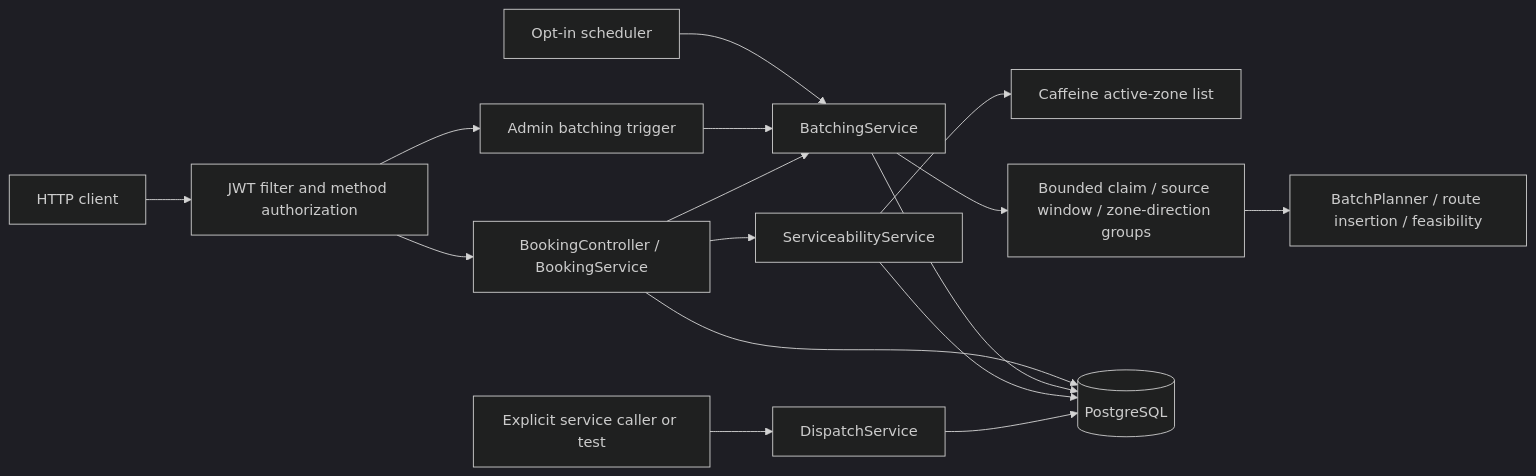
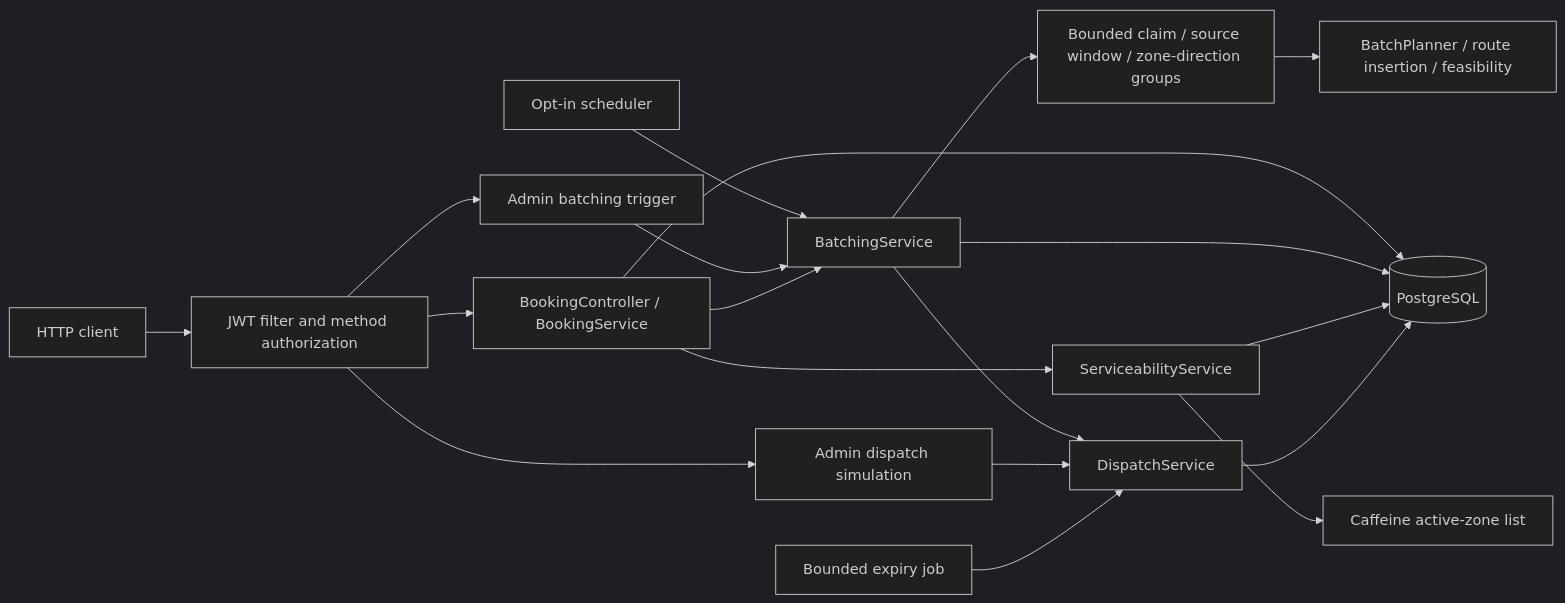
Before and after one commit to aakash-kr-7/sla-aware-ride-batching: the first of 3 diagrams in docs/architecture.md, drawn with Mermaid (dark theme). The commit also changed other lines of this file and 9 other files, not shown here.

````diff
--- a/docs/architecture.md
+++ b/docs/architecture.md
@@ -5,18 +5,21 @@
 ```mermaid
 flowchart LR
     Client[HTTP client] --> Security[JWT filter and method authorization]
     Security --> Booking[BookingController / BookingService]
     Security --> Admin[Admin batching trigger]
     Scheduler[Opt-in scheduler] --> Batch[BatchingService]
     Admin --> Batch
     Booking --> Batch
     Booking --> Zones[ServiceabilityService]
     Zones --> Cache[Caffeine active-zone list]
     Batch --> Groups[Bounded claim / source window / zone-direction groups]
     Groups --> Planner[BatchPlanner / route insertion / feasibility]
     Booking --> DB[(PostgreSQL)]
     Batch --> DB
     Zones --> DB
-    Caller[Explicit service caller or test] --> Dispatch[DispatchService]
+    Batch --> Dispatch[DispatchService]
+    Security --> Simulation[Admin dispatch simulation]
+    Simulation --> Dispatch
+    Expiry[Bounded expiry job] --> Dispatch
     Dispatch --> DB
 ```
````
